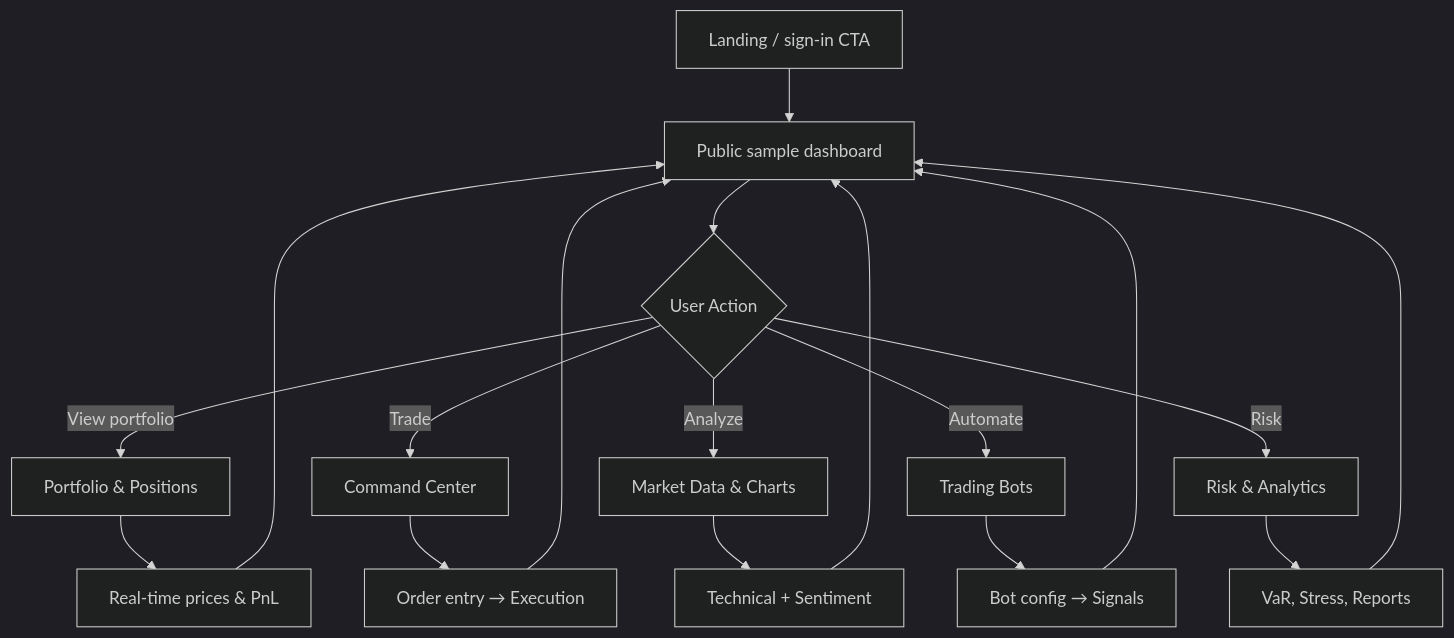
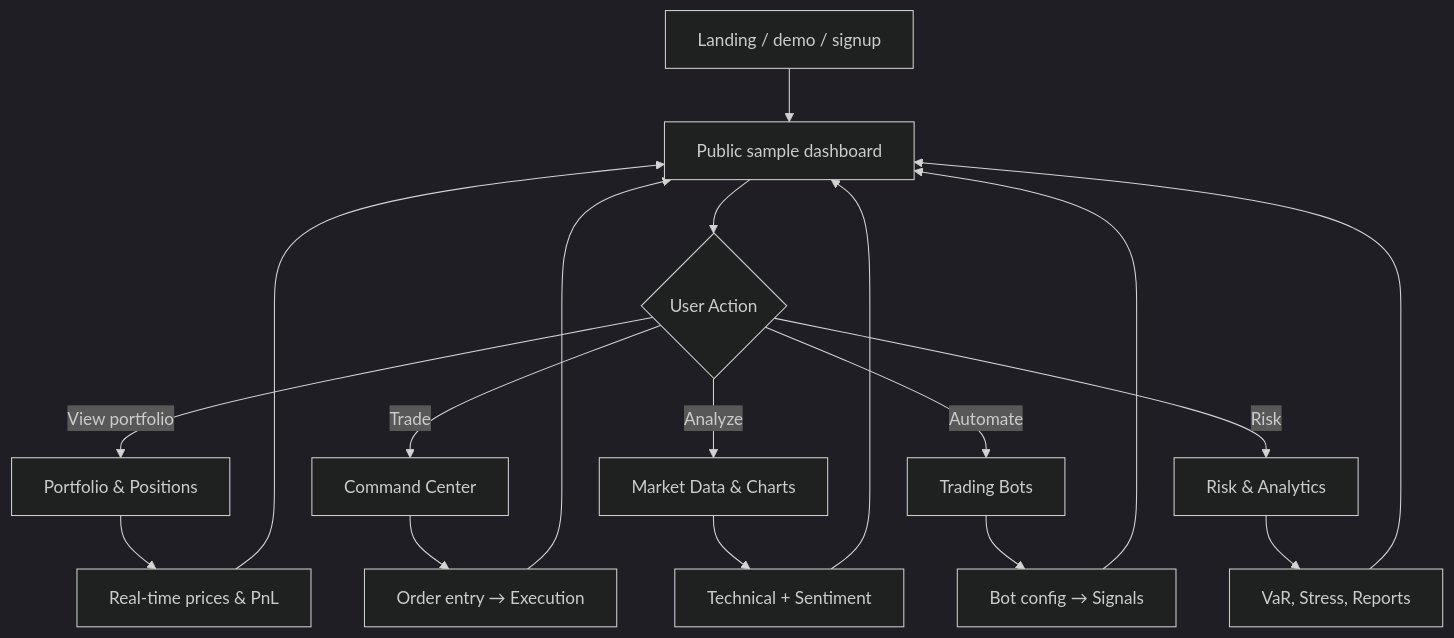
Before and after one commit to massoudsh/Findash: the second of 3 diagrams in wiki-content/Home.md, drawn with Mermaid (dark theme). The commit also changed other lines of this file and 22 other files, not shown here.

First line of the commit message:
docs: Iran-market rial contract and restored account flows

````diff
--- a/wiki-content/Home.md
+++ b/wiki-content/Home.md
@@ -73,16 +75,16 @@
 ```mermaid
 flowchart TD
-    A[Landing / sign-in CTA] --> B[Public sample dashboard]
+    A[Landing / demo / signup] --> B[Public sample dashboard]
     B --> C{User Action}
     C -->|View portfolio| D[Portfolio & Positions]
     C -->|Trade| E[Command Center]
     C -->|Analyze| F[Market Data & Charts]
     C -->|Automate| G[Trading Bots]
     C -->|Risk| H[Risk & Analytics]
     D --> I[Real-time prices & PnL]
     E --> J[Order entry → Execution]
     F --> K[Technical + Sentiment]
     G --> L[Bot config → Signals]
     H --> M[VaR, Stress, Reports]
     I & J & K & L & M --> B
 ```
````
